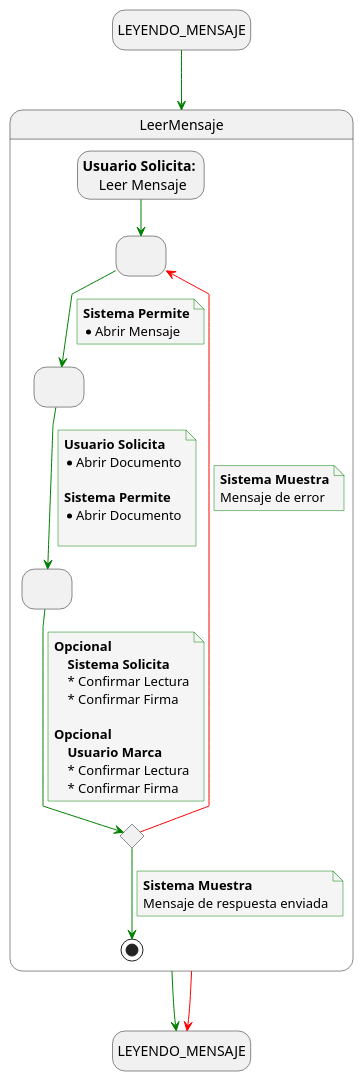
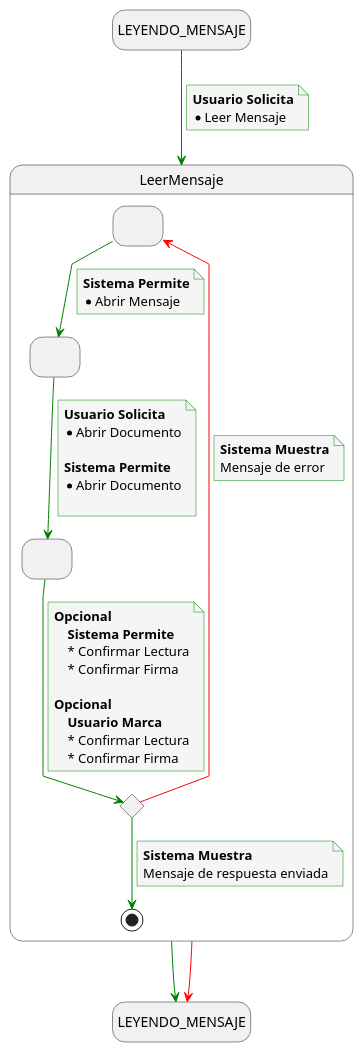
One commit to mmasias/24-25-IdSw1-SDR changed the diagram in docs/casosDeUso/detalladoCasosDeUso/detalladoVisualizacionConfirmacion/detalladoVisualizacionConfirmacion.puml. Above: the diagram before and after it, drawn with PlantUML. The commit also changed 3 other files, not shown here.

```diff
--- a/docs/casosDeUso/detalladoCasosDeUso/detalladoVisualizacionConfirmacion/detalladoVisualizacionConfirmacion.puml
+++ b/docs/casosDeUso/detalladoCasosDeUso/detalladoVisualizacionConfirmacion/detalladoVisualizacionConfirmacion.puml
@@ -1,71 +1,73 @@
 @startuml leer_confirmar_documento
 
 skinparam {
   NoteBackgroundColor #whiteSmoke
   ArrowColor #green
   NoteBorderColor #green
   linetype polyline
 }
 
 hide empty description
 
 state startState as "LEYENDO_MENSAJE"
 state endState as "LEYENDO_MENSAJE"
 
 
 startState --> LeerMensaje
+note on link
+    <b>Usuario Solicita</b>
+    * Leer Mensaje
+end note
+
 LeerMensaje --> endState
 LeerMensaje -[#red]-> endState
 
 state LeerMensaje {
     state solicitudAbrirMensaje as " "
     state solicitudAbrirDocumento as " "
     state solicitudConfirmacionLecturaFirma as " "
     state revisionConfirmacionLecturaFirma <<choice>>
-    state usuarioSolicita as "<b>Usuario Solicita:</b> \n Leer Mensaje"
-    
-    usuarioSolicita --> solicitudAbrirMensaje
     solicitudAbrirMensaje --> solicitudAbrirDocumento
     note on link
         <b>Sistema Permite</b>
         * Abrir Mensaje
     end note
 
     solicitudAbrirDocumento --> solicitudConfirmacionLecturaFirma
     note on link
         <b>Usuario Solicita</b>
         * Abrir Documento
         
         <b>Sistema Permite</b>
         * Abrir Documento
   
     end note
     
     solicitudConfirmacionLecturaFirma --> revisionConfirmacionLecturaFirma
     note on link
       <b>Opcional</b>
-          <b>Sistema Solicita</b>
+          <b>Sistema Permite</b>
           * Confirmar Lectura
           * Confirmar Firma
           
       <b>Opcional</b>    
           <b>Usuario Marca</b>
           * Confirmar Lectura
           * Confirmar Firma
     end note
     
     revisionConfirmacionLecturaFirma -[#red]-> solicitudAbrirMensaje
     note on link
         <b>Sistema Muestra</b>
         Mensaje de error
     end note
     
    revisionConfirmacionLecturaFirma --> [*]
     note on link
         <b>Sistema Muestra</b>
         Mensaje de respuesta enviada
     end note
 
 }
 
 @enduml
```
